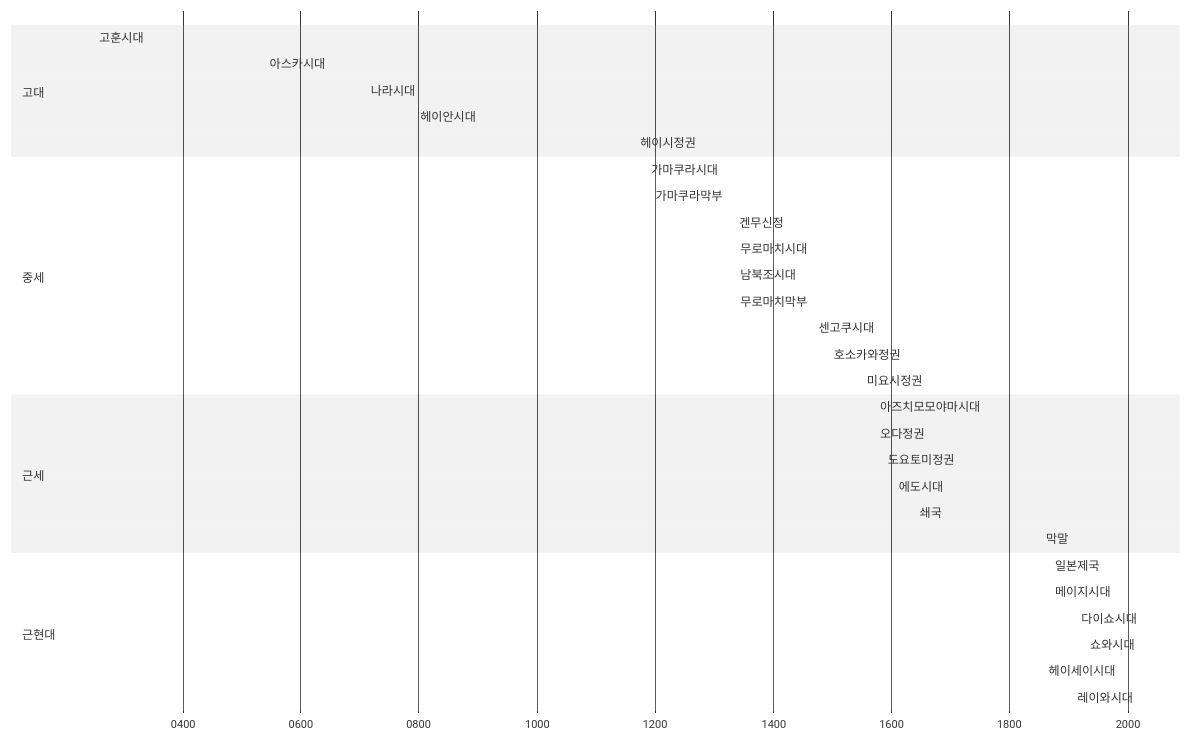
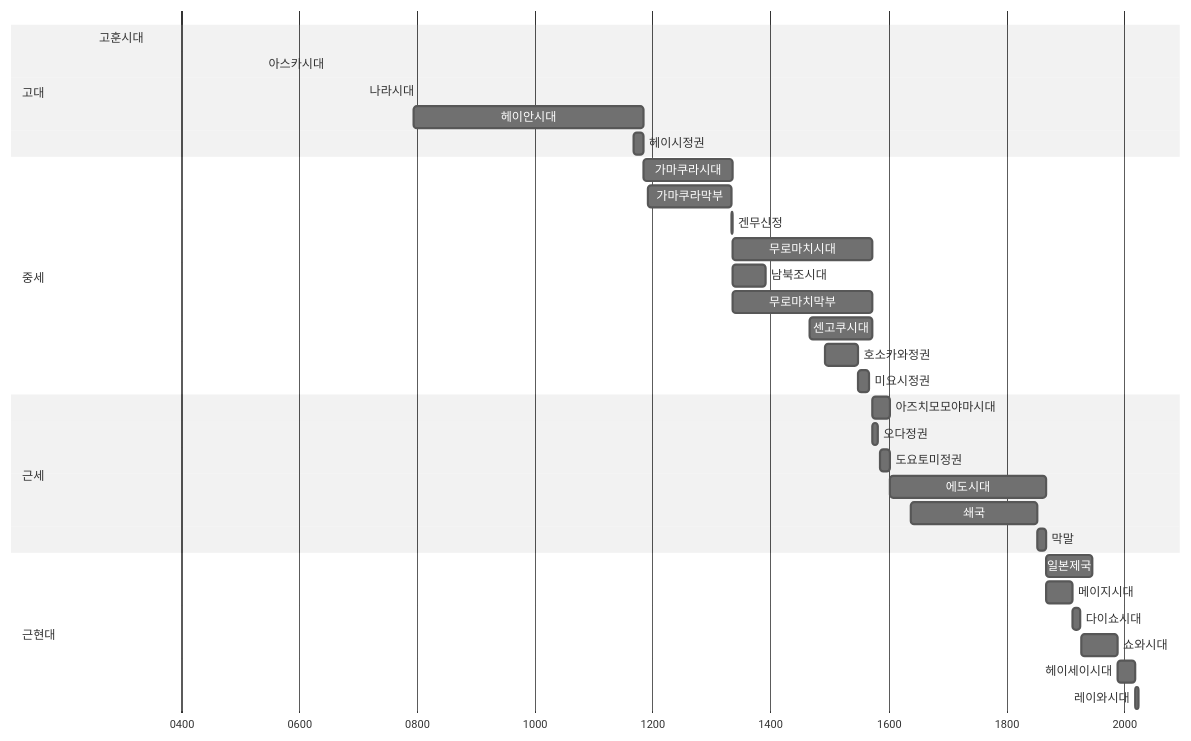
Before and after one commit to daewonyoon/historigram: the diagram in 일본사/일본사개론.md, drawn with Mermaid (neutral theme). The commit also changed 4 other files, not shown here.

````diff
--- a/일본사/일본사개론.md
+++ b/일본사/일본사개론.md
@@ -1,40 +1,41 @@
 ```mermaid
 gantt
 
+	dateFormat YYYY
 	axisFormat %Y
 	
     section 고대
-    고훈시대 : 0250, 0538
-    아스카시대 : 0538, 0710
-    나라시대: 0710, 0794
-    헤이안시대: 0794, 1185
+    고훈시대 : 250, 538
+    아스카시대 : 538, 710
+    나라시대: 710, 794
+    헤이안시대: 794, 1185
     헤이시정권: 1167, 1185
 
     section 중세
     가마쿠라시대: 1185, 1336
     가마쿠라막부: 1192, 1333
     겐무신정: 1333, 1336
     무로마치시대: 1336, 1573
     남북조시대: 1336, 1392
     무로마치막부: 1336, 1573
     센고쿠시대: 1467, 1573
     호소카와정권: 1493, 1549
     미요시정권: 1549, 1568
 
     section 근세
     아즈치모모야마시대: 1573, 1603
     오다정권: 1573, 1583
     도요토미정권: 1585, 1603
     에도시대: 1603, 1868
     쇄국: 1639, 1854
     막말: 1853, 1868
 
     section 근현대
     일본제국: 1868, 1947
     메이지시대: 1868, 1912
     다이쇼시대: 1912, 1926
     쇼와시대: 1927, 1989
     헤이세이시대: 1989, 2019
     레이와시대: 2019, 2025
 
 ```
````
